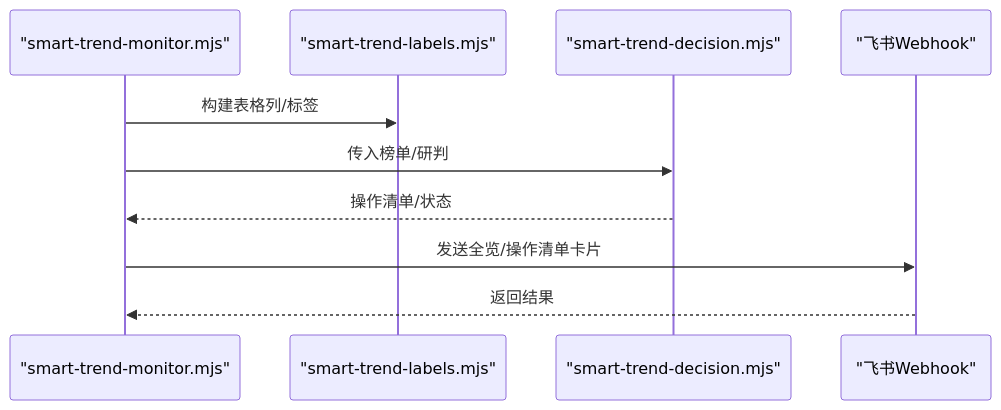
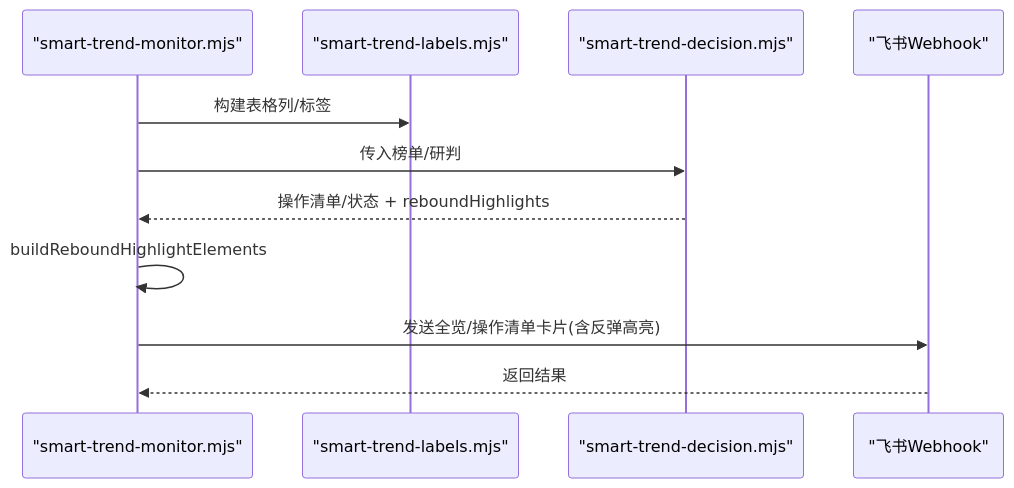
One commit to kekexilinan/BinaceSmart changed the seventh of 10 diagrams in .qoder/repowiki/zh/content/Web监控面板/报警通知系统.md. Above: the diagram before and after it, drawn with Mermaid. The commit also changed other lines of this file and 59 other files, not shown here.

````diff
--- a/.qoder/repowiki/zh/content/Web监控面板/报警通知系统.md
+++ b/.qoder/repowiki/zh/content/Web监控面板/报警通知系统.md
@@ -213,12 +285,13 @@
 ```mermaid
 sequenceDiagram
 participant Monitor as "smart-trend-monitor.mjs"
 participant Labels as "smart-trend-labels.mjs"
 participant Decision as "smart-trend-decision.mjs"
 participant Feishu as "飞书Webhook"
 Monitor->>Labels : 构建表格列/标签
 Monitor->>Decision : 传入榜单/研判
-Decision-->>Monitor : 操作清单/状态
-Monitor->>Feishu : 发送全览/操作清单卡片
+Decision-->>Monitor : 操作清单/状态 + reboundHighlights
+Monitor->>Monitor : buildReboundHighlightElements
+Monitor->>Feishu : 发送全览/操作清单卡片(含反弹高亮)
 Feishu-->>Monitor : 返回结果
 ```
````
